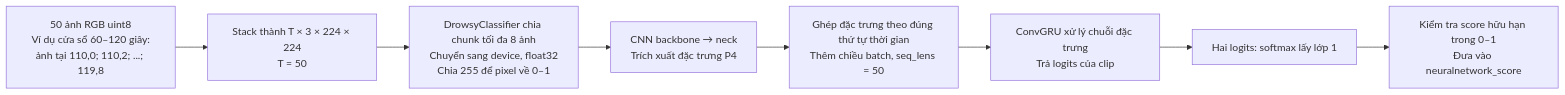
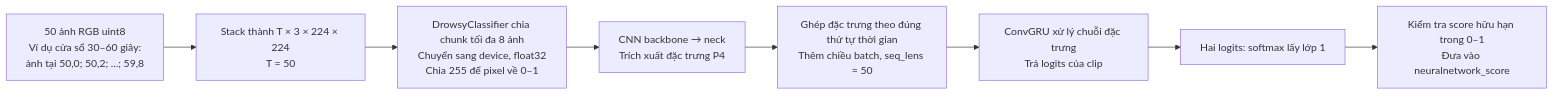
One commit to minh4bys2-non/driver-guardian changed the sixth of 7 diagrams in ai/OptimalAlgorithsm/DataSystem/README.md. Above: the diagram before and after it, drawn with Mermaid. The commit also changed other lines of this file and 187 other files, not shown here.

````diff
--- a/ai/OptimalAlgorithsm/DataSystem/README.md
+++ b/ai/OptimalAlgorithsm/DataSystem/README.md
@@ -481,11 +481,11 @@
 ```mermaid
 flowchart LR
-    INPUT["50 ảnh RGB uint8<br/>Ví dụ cửa sổ 60–120 giây:<br/>ảnh tại 110,0; 110,2; ...; 119,8"]
+    INPUT["50 ảnh RGB uint8<br/>Ví dụ cửa sổ 30–60 giây:<br/>ảnh tại 50,0; 50,2; ...; 59,8"]
     INPUT --> STACK["Stack thành T × 3 × 224 × 224<br/>T = 50"]
     STACK --> CHUNK["DrowsyClassifier chia chunk tối đa 8 ảnh<br/>Chuyển sang device, float32<br/>Chia 255 để pixel về 0–1"]
     CHUNK --> CNN["CNN backbone → neck<br/>Trích xuất đặc trưng P4"]
     CNN --> SEQ["Ghép đặc trưng theo đúng thứ tự thời gian<br/>Thêm chiều batch, seq_lens = 50"]
     SEQ --> GRU["ConvGRU xử lý chuỗi đặc trưng<br/>Trả logits của clip"]
     GRU --> PROB["Hai logits: softmax lấy lớp 1"]
     PROB --> CHECK["Kiểm tra score hữu hạn trong 0–1<br/>Đưa vào neuralnetwork_score"]
 ```
````
